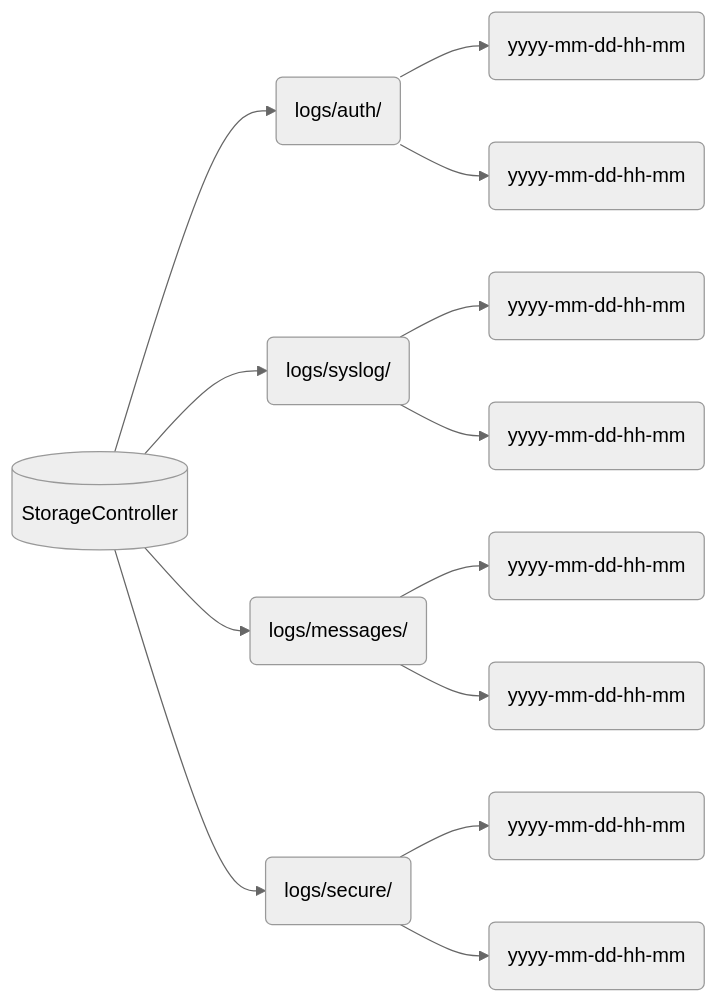
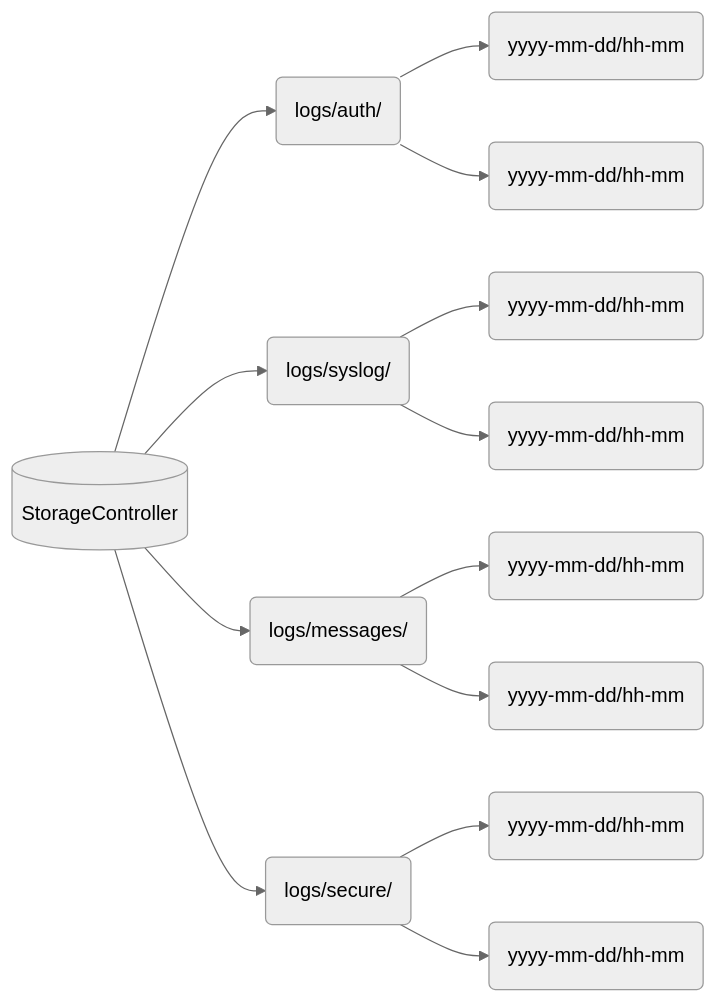
One commit to endepointe/watchlog changed the second of 2 diagrams in docs/README.md. Above: the diagram before and after it, drawn with Mermaid (neutral theme). The commit also changed 1 other file, not shown here.

Commit message:
replaced - with / in the storage dir structure

````diff
--- a/docs/README.md
+++ b/docs/README.md
@@ -129,15 +129,15 @@
 ```mermaid
 graph LR
 S[(StorageController)] --> l1(logs/auth/)
 S --> l2(logs/syslog/)
 S --> l3(logs/messages/)
 S --> l4(logs/secure/)
-l1 --> h1(yyyy-mm-dd-hh-mm)
-l1 --> h2(yyyy-mm-dd-hh-mm)
-l2 --> h3(yyyy-mm-dd-hh-mm)
-l2 --> h4(yyyy-mm-dd-hh-mm)
-l3 --> h5(yyyy-mm-dd-hh-mm)
-l3 --> h6(yyyy-mm-dd-hh-mm)
-l4 --> h7(yyyy-mm-dd-hh-mm)
-l4 --> h8(yyyy-mm-dd-hh-mm)
+l1 --> h1(yyyy-mm-dd/hh-mm)
+l1 --> h2(yyyy-mm-dd/hh-mm)
+l2 --> h3(yyyy-mm-dd/hh-mm)
+l2 --> h4(yyyy-mm-dd/hh-mm)
+l3 --> h5(yyyy-mm-dd/hh-mm)
+l3 --> h6(yyyy-mm-dd/hh-mm)
+l4 --> h7(yyyy-mm-dd/hh-mm)
+l4 --> h8(yyyy-mm-dd/hh-mm)
 ```
````
